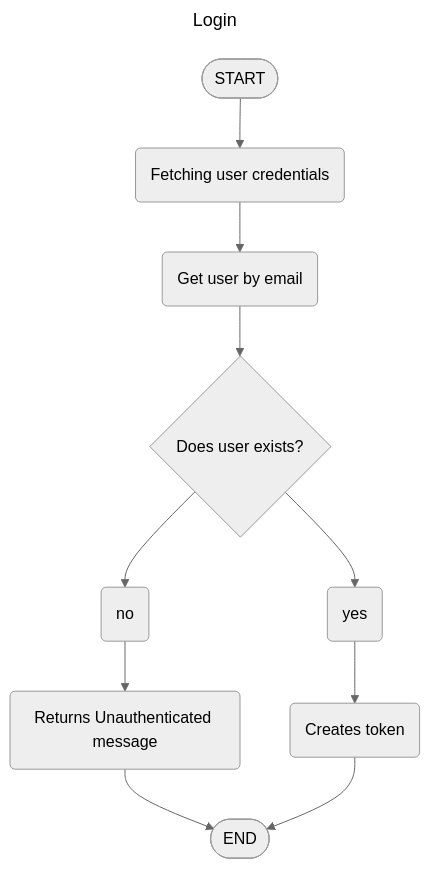
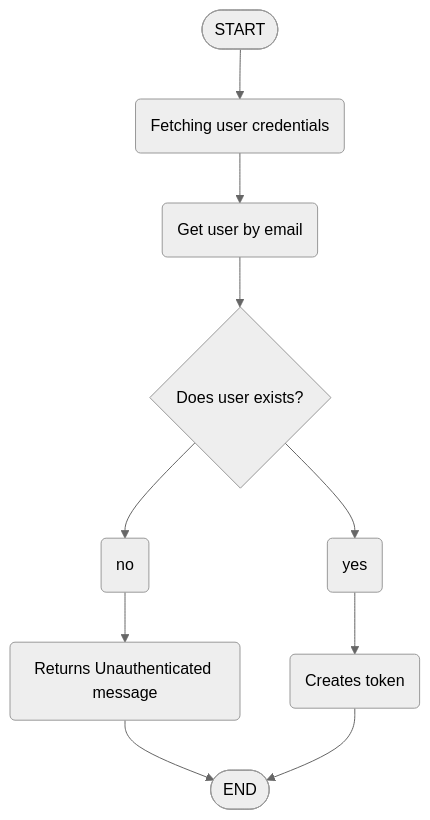
Before and after one commit to ripterdust/SchoolManagementSystem: the second of 2 diagrams in diagrams/flow/authentication.md, drawn with Mermaid (neutral theme). The commit also changed other lines of this file, not shown here.

Commit message:
Deleted the unnecesary titles

````diff
--- a/diagrams/flow/authentication.md
+++ b/diagrams/flow/authentication.md
@@ -25,15 +22,12 @@
 ```mermaid
----
-    title: Login
----
 flowchart
     id1([START]) --> id2(Fetching user credentials)
     id2 --> id3(Get user by email)
     id3 --> id4{Does user exists?}
     id4 --> id6(no)
     id6 --> id7(Returns Unauthenticated message)
     id7 --> id9
     id4 --> id5(yes)
     id5 --> id8(Creates token)
     id8 --> id9([END])
 ```
````
